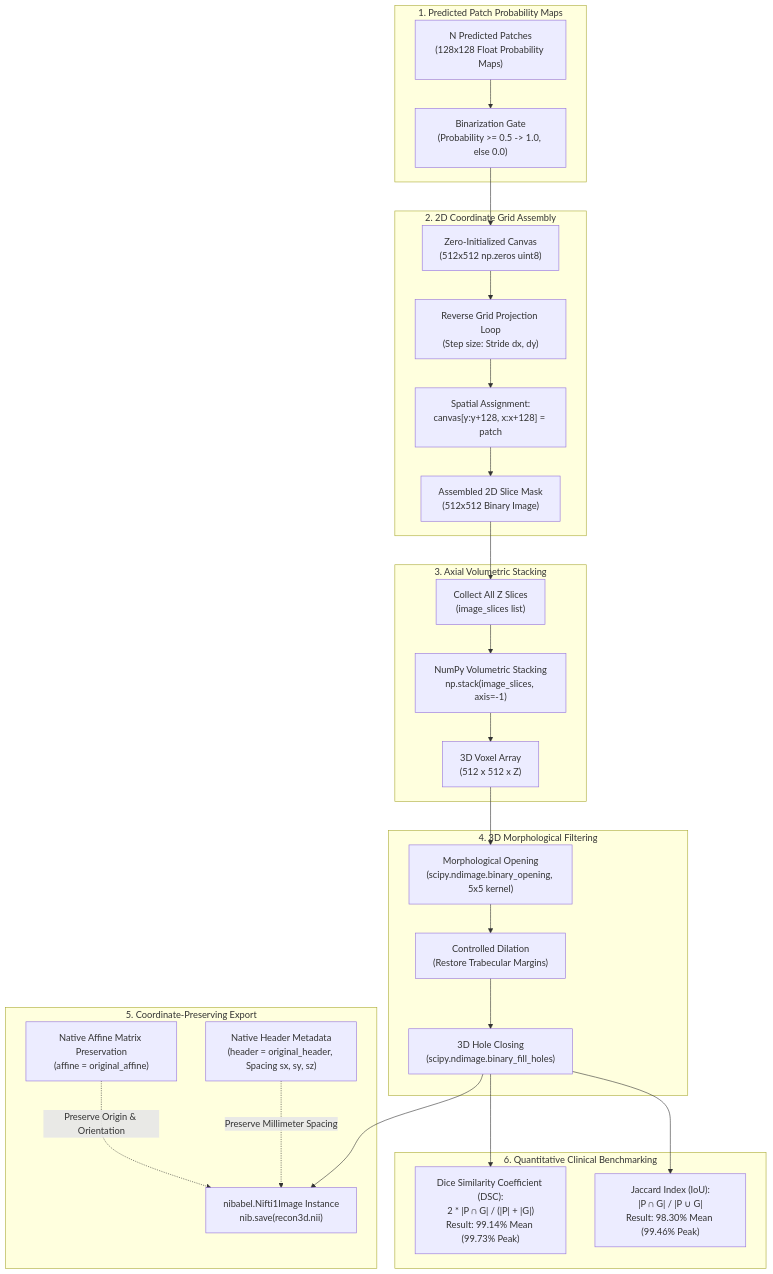
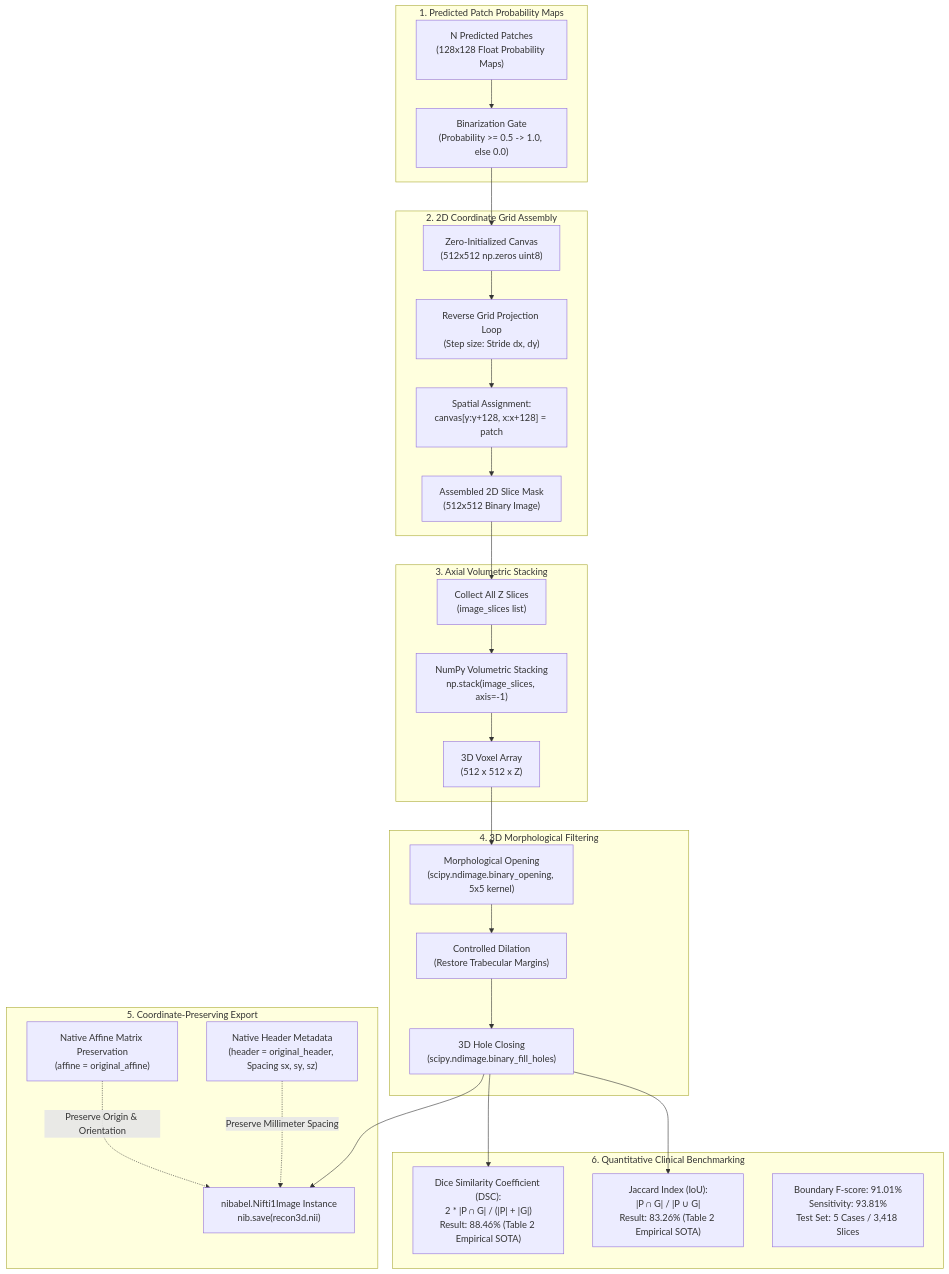
The diagram in diagrams/reconstruction-and-evaluation.mmd (Nawaz393/spine-vertebrae-segmentation-architecture), drawn with Mermaid before and after one commit. The commit also changed 11 other files, not shown here.

Commit message:
feat: incorporate concrete empirical results, evaluation matrices, and SOTA benchmark from research docx

```diff
--- a/diagrams/reconstruction-and-evaluation.mmd
+++ b/diagrams/reconstruction-and-evaluation.mmd
@@ -1,53 +1,54 @@
 flowchart TD
     subgraph INFERENCE_OUTPUT ["1. Predicted Patch Probability Maps"]
         PATCHES["N Predicted Patches<br/>(128x128 Float Probability Maps)"]
         THRESHOLD["Binarization Gate<br/>(Probability >= 0.5 -> 1.0, else 0.0)"]
     end
 
     subgraph REVERSE_STITCH ["2. 2D Coordinate Grid Assembly"]
         CANVAS["Zero-Initialized Canvas<br/>(512x512 np.zeros uint8)"]
         TILE_LOOP["Reverse Grid Projection Loop<br/>(Step size: Stride dx, dy)"]
         PASTE["Spatial Assignment:<br/>canvas[y:y+128, x:x+128] = patch"]
         SLICE_2D["Assembled 2D Slice Mask<br/>(512x512 Binary Image)"]
     end
 
     subgraph VOLUMETRIC_STACK ["3. Axial Volumetric Stacking"]
         COLLECT["Collect All Z Slices<br/>(image_slices list)"]
         STACK["NumPy Volumetric Stacking<br/>np.stack(image_slices, axis=-1)"]
         RAW_3D["3D Voxel Array<br/>(512 x 512 x Z)"]
     end
 
     subgraph POST_PROCESSING ["4. 3D Morphological Filtering"]
         OPENING["Morphological Opening<br/>(scipy.ndimage.binary_opening, 5x5 kernel)"]
         DILATION["Controlled Dilation<br/>(Restore Trabecular Margins)"]
         HOLE_FILL["3D Hole Closing<br/>(scipy.ndimage.binary_fill_holes)"]
     end
 
     subgraph NIFTI_PACKAGING ["5. Coordinate-Preserving Export"]
         AFFINE["Native Affine Matrix Preservation<br/>(affine = original_affine)"]
         HEADER["Native Header Metadata<br/>(header = original_header, Spacing sx, sy, sz)"]
         NII_OBJ["nibabel.Nifti1Image Instance<br/>nib.save(recon3d.nii)"]
     end
 
     subgraph VALIDATION_METRICS ["6. Quantitative Clinical Benchmarking"]
-        DICE["Dice Similarity Coefficient (DSC):<br/>2 * |P ∩ G| / (|P| + |G|)<br/>Result: 99.14% Mean (99.73% Peak)"]
-        IOU["Jaccard Index (IoU):<br/>|P ∩ G| / |P ∪ G|<br/>Result: 98.30% Mean (99.46% Peak)"]
+        DICE["Dice Similarity Coefficient (DSC):<br/>2 * |P ∩ G| / (|P| + |G|)<br/>Result: 88.46% (Table 2 Empirical SOTA)"]
+        IOU["Jaccard Index (IoU):<br/>|P ∩ G| / |P ∪ G|<br/>Result: 83.26% (Table 2 Empirical SOTA)"]
+        BENCH["Boundary F-score: 91.01%<br/>Sensitivity: 93.81%<br/>Test Set: 5 Cases / 3,418 Slices"]
     end
 
     PATCHES --> THRESHOLD
     THRESHOLD --> CANVAS
     CANVAS --> TILE_LOOP
     TILE_LOOP --> PASTE
     PASTE --> SLICE_2D
     SLICE_2D --> COLLECT
     COLLECT --> STACK
     STACK --> RAW_3D
     RAW_3D --> OPENING
     OPENING --> DILATION
     DILATION --> HOLE_FILL
     HOLE_FILL --> NII_OBJ
     AFFINE -.->|"Preserve Origin & Orientation"| NII_OBJ
     HEADER -.->|"Preserve Millimeter Spacing"| NII_OBJ
 
     HOLE_FILL --> DICE
     HOLE_FILL --> IOU
```
